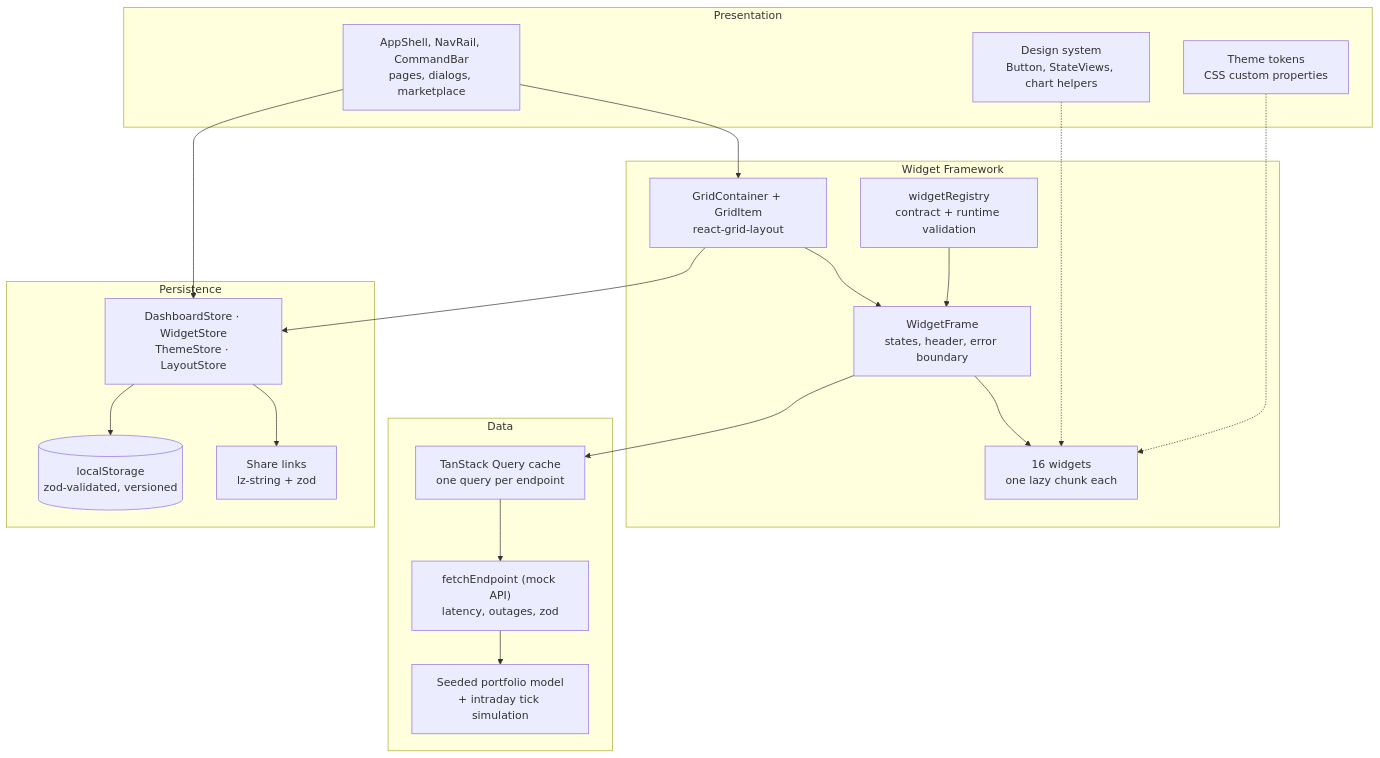
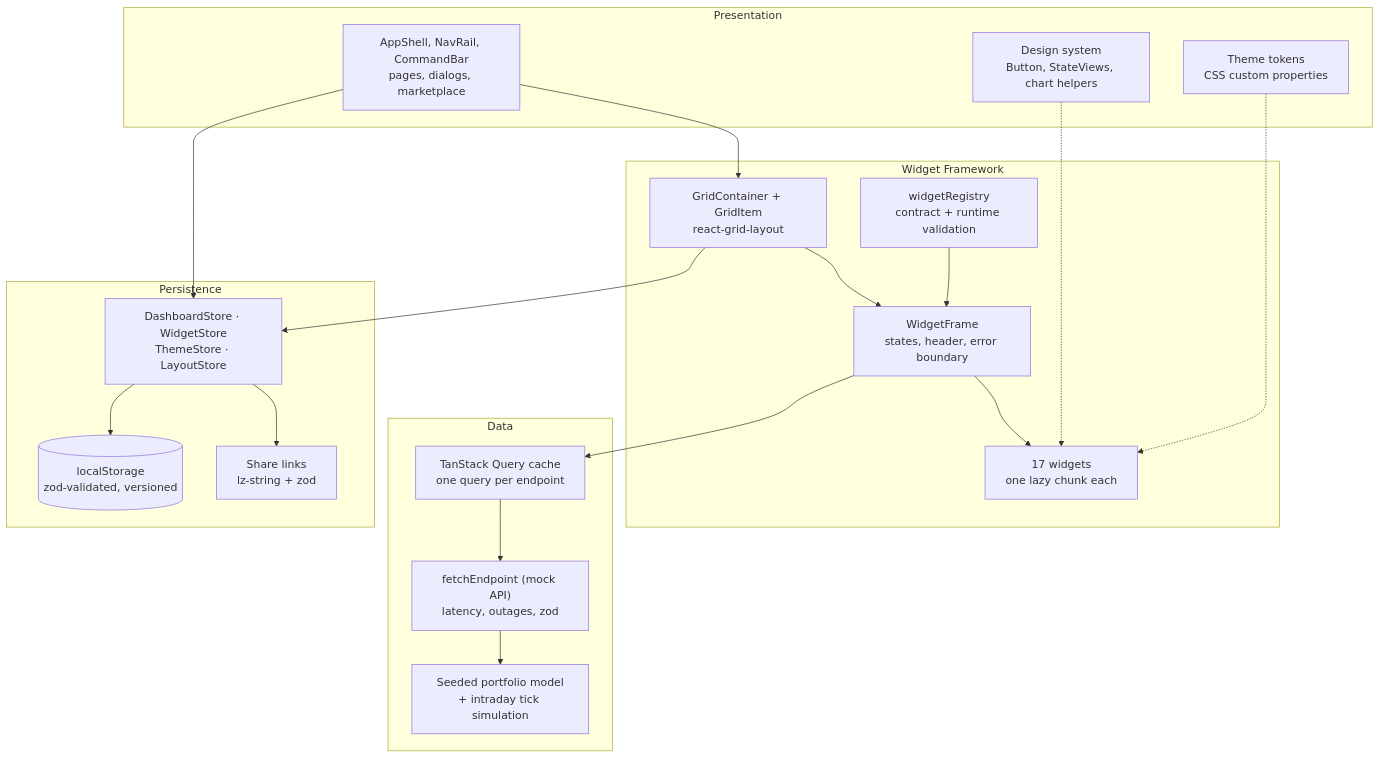
Before and after one commit to vaishnavibhagwat/Project-C: the first of 6 diagrams in docs/ARCHITECTURE.md, drawn with Mermaid. The commit also changed other lines of this file and 25 other files, not shown here.

````diff
--- a/docs/ARCHITECTURE.md
+++ b/docs/ARCHITECTURE.md
@@ -18,38 +18,38 @@
 ```mermaid
 flowchart TB
   subgraph P["Presentation"]
     shell["AppShell, NavRail, CommandBar<br/>pages, dialogs, marketplace"]
     ds["Design system<br/>Button, StateViews, chart helpers"]
     theme["Theme tokens<br/>CSS custom properties"]
   end
   subgraph W["Widget Framework"]
     registry["widgetRegistry<br/>contract + runtime validation"]
     grid["GridContainer + GridItem<br/>react-grid-layout"]
     frame["WidgetFrame<br/>states, header, error boundary"]
-    widgets["16 widgets<br/>one lazy chunk each"]
+    widgets["17 widgets<br/>one lazy chunk each"]
   end
   subgraph D["Data"]
     query["TanStack Query cache<br/>one query per endpoint"]
     api["fetchEndpoint (mock API)<br/>latency, outages, zod"]
     sim["Seeded portfolio model<br/>+ intraday tick simulation"]
   end
   subgraph S["Persistence"]
     stores["DashboardStore · WidgetStore<br/>ThemeStore · LayoutStore"]
     ls[("localStorage<br/>zod-validated, versioned")]
     share["Share links<br/>lz-string + zod"]
   end
 
   shell --> grid
   grid --> frame
   registry --> frame
   frame --> widgets
   frame --> query
   query --> api
   api --> sim
   shell --> stores
   grid --> stores
   stores --> ls
   stores --> share
   ds -.-> widgets
   theme -.-> widgets
 ```
````
